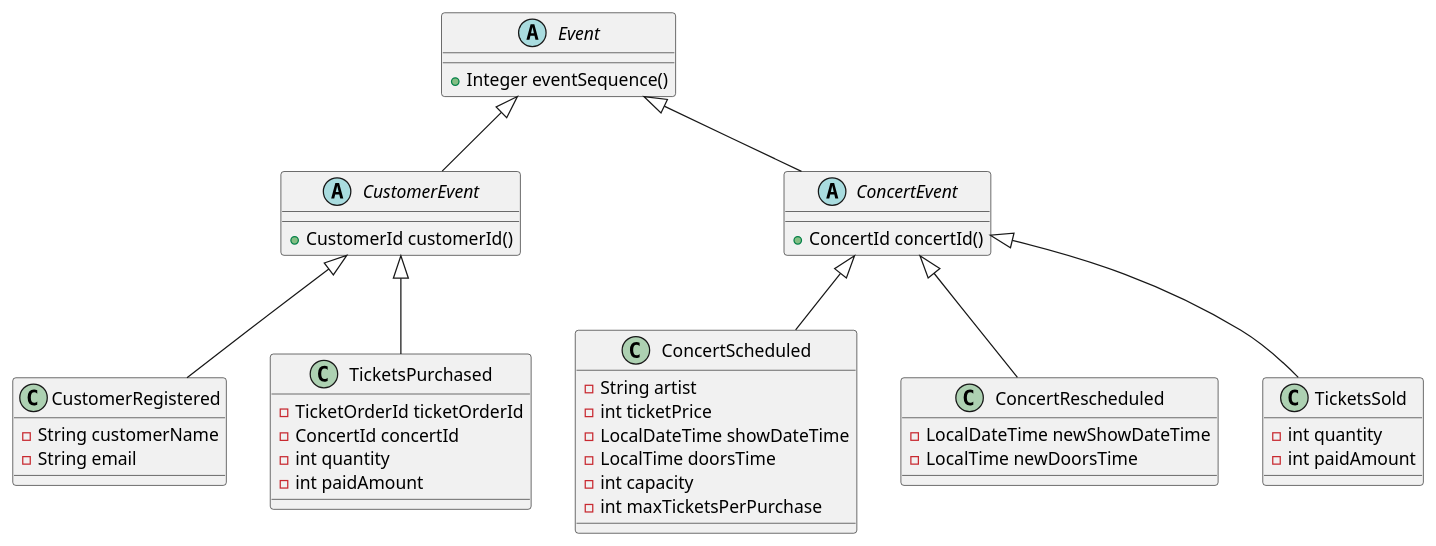
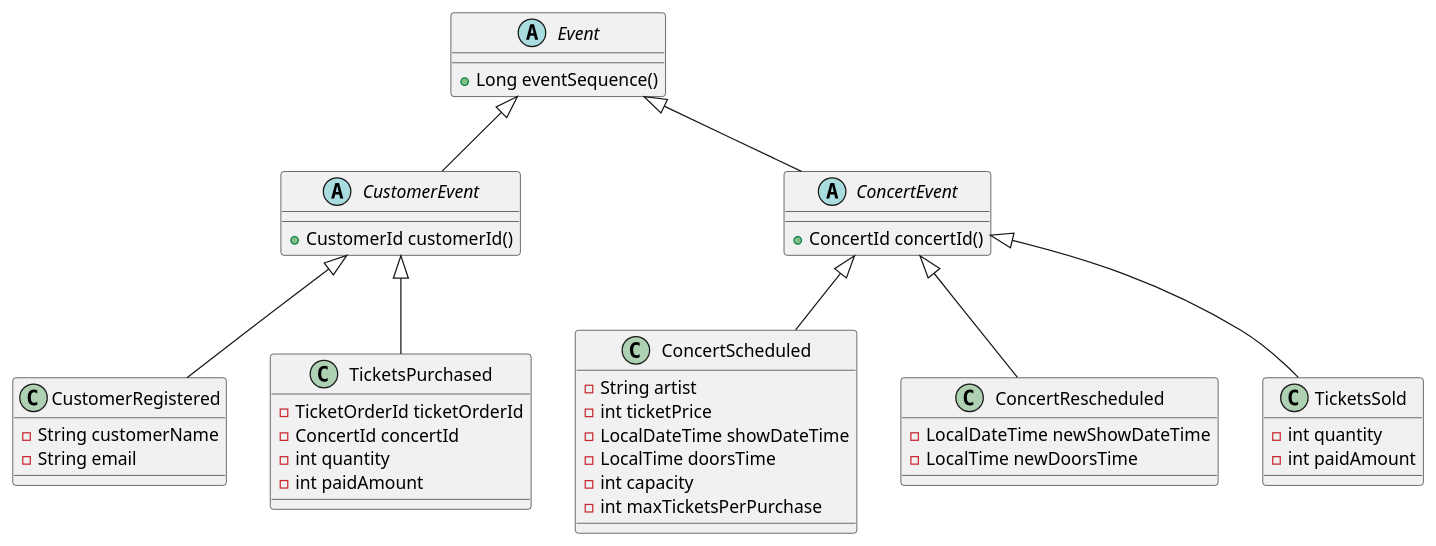
The diagram in EventSourcingDomainModel - as classes.puml (jitterted/jitterticket-event-sourced), drawn with PlantUML before and after one commit. The commit also changed 40 other files, not shown here.

First line of the commit message:
Finished removing app-assigned "local" event sequence and only using the "global" (database-assigned) event sequence for ordering (now just called "event_sequence)

```diff
--- a/EventSourcingDomainModel - as classes.puml
+++ b/EventSourcingDomainModel - as classes.puml
@@ -1,56 +1,56 @@
 @startuml Event Implementation Hierarchy (with Classes)
 
 abstract class Event {
-  +Integer eventSequence()
+  +Long eventSequence()
 }
 
 abstract class CustomerEvent {
   +CustomerId customerId()
 }
 
 abstract class ConcertEvent {
   +ConcertId concertId()
 }
 
 class CustomerRegistered {
   -String customerName
   -String email
 }
 
 class TicketsPurchased {
   -TicketOrderId ticketOrderId
   -ConcertId concertId
   -int quantity
   -int paidAmount
 }
 
 class ConcertScheduled {
   -String artist
   -int ticketPrice
   -LocalDateTime showDateTime
   -LocalTime doorsTime
   -int capacity
   -int maxTicketsPerPurchase
 }
 
 class ConcertRescheduled {
   -LocalDateTime newShowDateTime
   -LocalTime newDoorsTime
 }
 
 class TicketsSold {
   -int quantity
   -int paidAmount
 }
 
 Event <|-- CustomerEvent
 Event <|-- ConcertEvent
 
 CustomerEvent <|-- CustomerRegistered
 CustomerEvent <|-- TicketsPurchased
 
 ConcertEvent <|-- ConcertScheduled
 ConcertEvent <|-- ConcertRescheduled
 ConcertEvent <|-- TicketsSold
 
 @enduml
```
